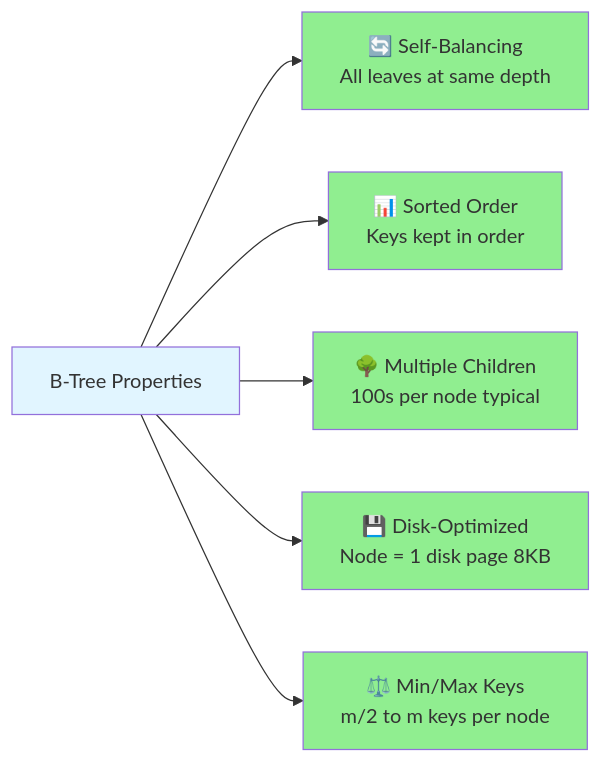
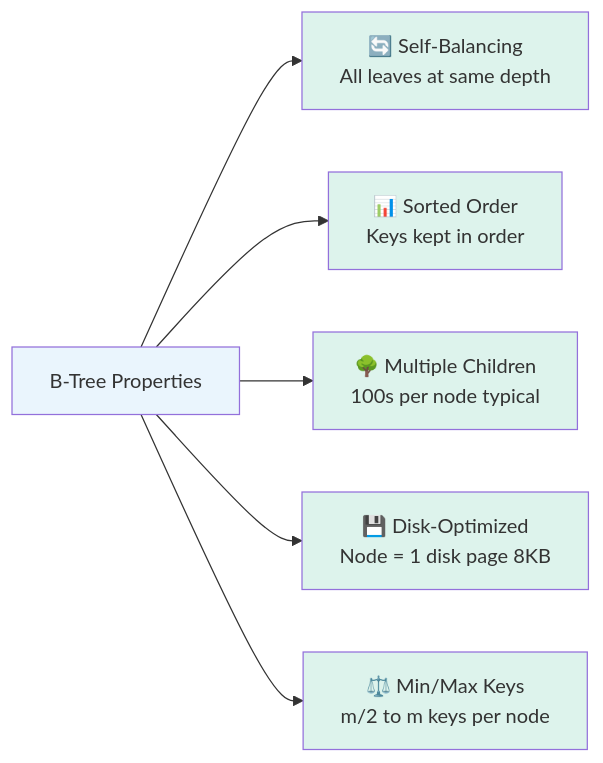
One commit to cartmancodes/InterviewVault changed the ninth of 34 diagrams in LLD/CoreConcepts/DataIndexing.md. Above: the diagram before and after it, drawn with Mermaid. The commit also changed other lines of this file and 679 other files, not shown here.

Commit message:
Unify content diagrams and add accessible visual walkthroughs

````diff
--- a/LLD/CoreConcepts/DataIndexing.md
+++ b/LLD/CoreConcepts/DataIndexing.md
@@ -320,17 +320,17 @@
 ```mermaid
 graph LR
     PROPS[B-Tree Properties]
     
     PROPS --> P1[🔄 Self-Balancing<br/>All leaves at same depth]
     PROPS --> P2[📊 Sorted Order<br/>Keys kept in order]
     PROPS --> P3[🌳 Multiple Children<br/>100s per node typical]
     PROPS --> P4[💾 Disk-Optimized<br/>Node = 1 disk page 8KB]
     PROPS --> P5[⚖️ Min/Max Keys<br/>m/2 to m keys per node]
     
-    style PROPS fill:#e1f5ff
-    style P1 fill:#90EE90
-    style P2 fill:#90EE90
-    style P3 fill:#90EE90
-    style P4 fill:#90EE90
-    style P5 fill:#90EE90
+    style PROPS fill:#EAF5FD
+    style P1 fill:#DDF3EC
+    style P2 fill:#DDF3EC
+    style P3 fill:#DDF3EC
+    style P4 fill:#DDF3EC
+    style P5 fill:#DDF3EC
 ```
````
